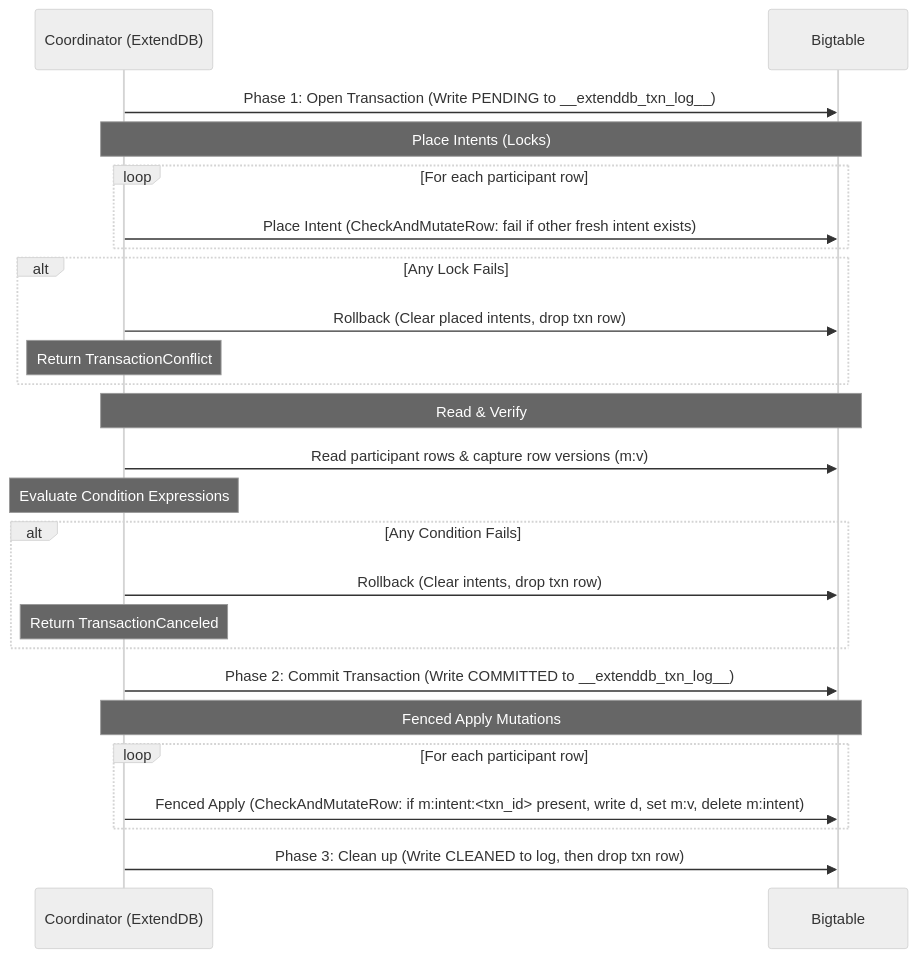
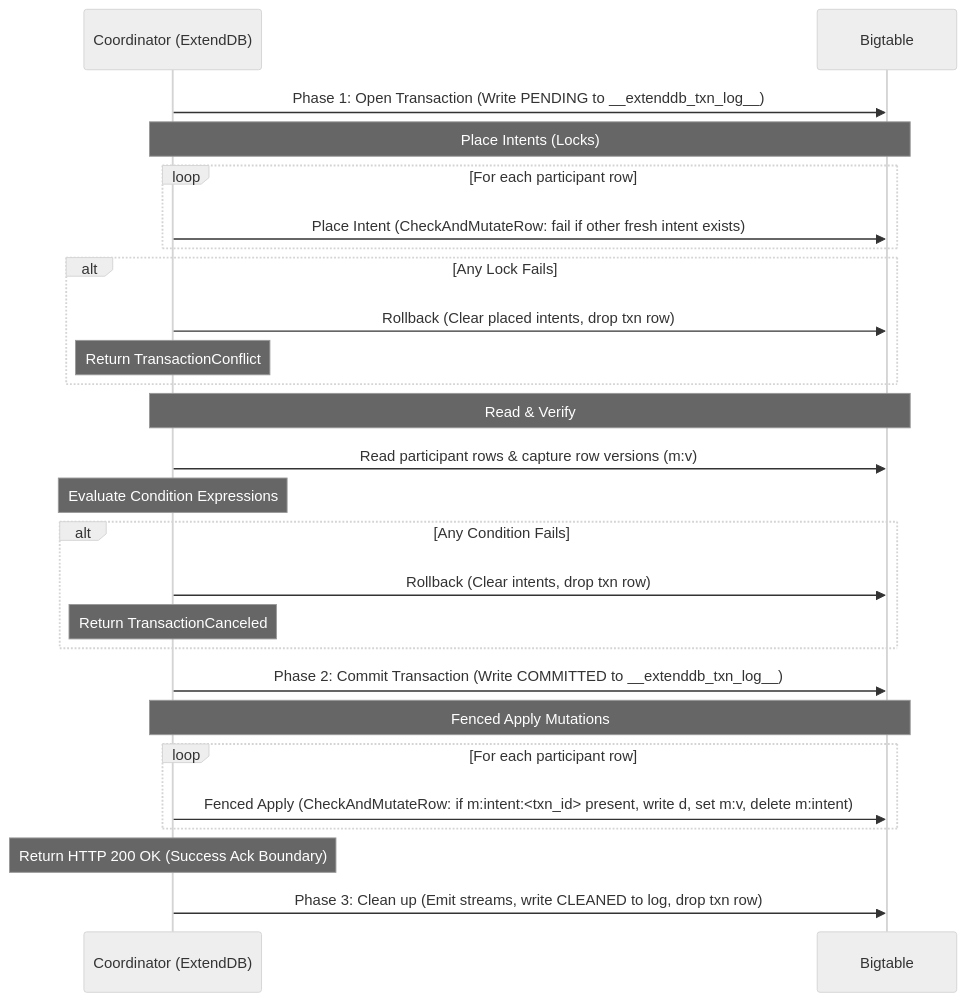
Before and after one commit to ExtendDB/extenddb: the diagram in docs/rfcs/0000-bigtable-backend.md, drawn with Mermaid (neutral theme). The commit also changed other lines of this file, not shown here.

Commit message:
docs(rfc): address maintainer pass 3 review on GSI sort key escape encoding, TransactGetItems rule, and ack boundary

````diff
--- a/docs/rfcs/0000-bigtable-backend.md
+++ b/docs/rfcs/0000-bigtable-backend.md
@@ -66,28 +71,29 @@
 ```mermaid
 sequenceDiagram
     participant C as Coordinator (ExtendDB)
     participant B as Bigtable
     
     C->>B: Phase 1: Open Transaction (Write PENDING to __extenddb_txn_log__)
     Note over C,B: Place Intents (Locks)
     loop For each participant row
         C->>B: Place Intent (CheckAndMutateRow: fail if other fresh intent exists)
     end
     alt Any Lock Fails
         C->>B: Rollback (Clear placed intents, drop txn row)
         Note over C: Return TransactionConflict
     end
     Note over C,B: Read & Verify
     C->>B: Read participant rows & capture row versions (m:v)
     Note over C: Evaluate Condition Expressions
     alt Any Condition Fails
         C->>B: Rollback (Clear intents, drop txn row)
         Note over C: Return TransactionCanceled
     end
     C->>B: Phase 2: Commit Transaction (Write COMMITTED to __extenddb_txn_log__)
     Note over C,B: Fenced Apply Mutations
     loop For each participant row
         C->>B: Fenced Apply (CheckAndMutateRow: if m:intent:<txn_id> present, write d, set m:v, delete m:intent)
     end
-    C->>B: Phase 3: Clean up (Write CLEANED to log, then drop txn row)
+    Note over C: Return HTTP 200 OK (Success Ack Boundary)
+    C->>B: Phase 3: Clean up (Emit streams, write CLEANED to log, drop txn row)
 ```
````
